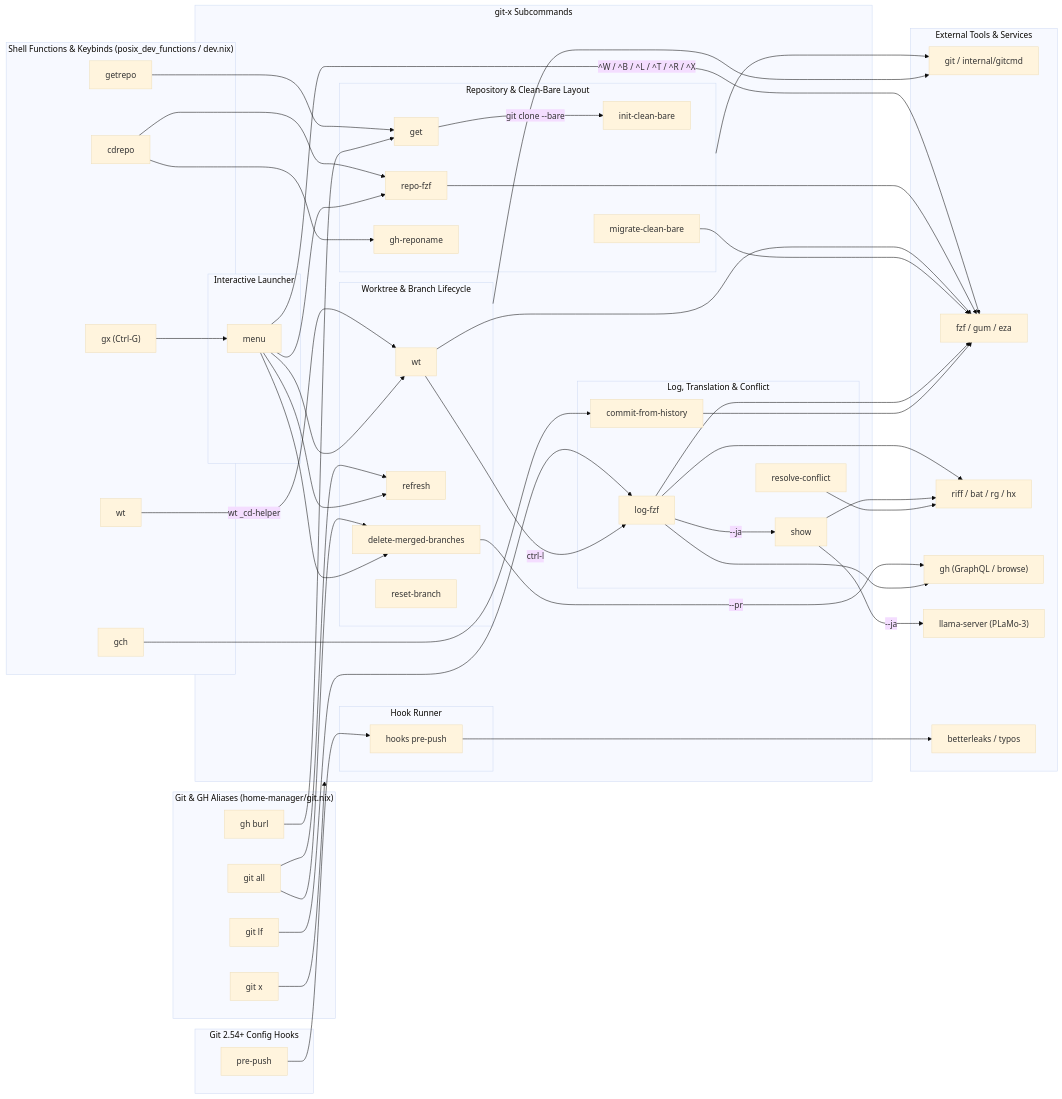
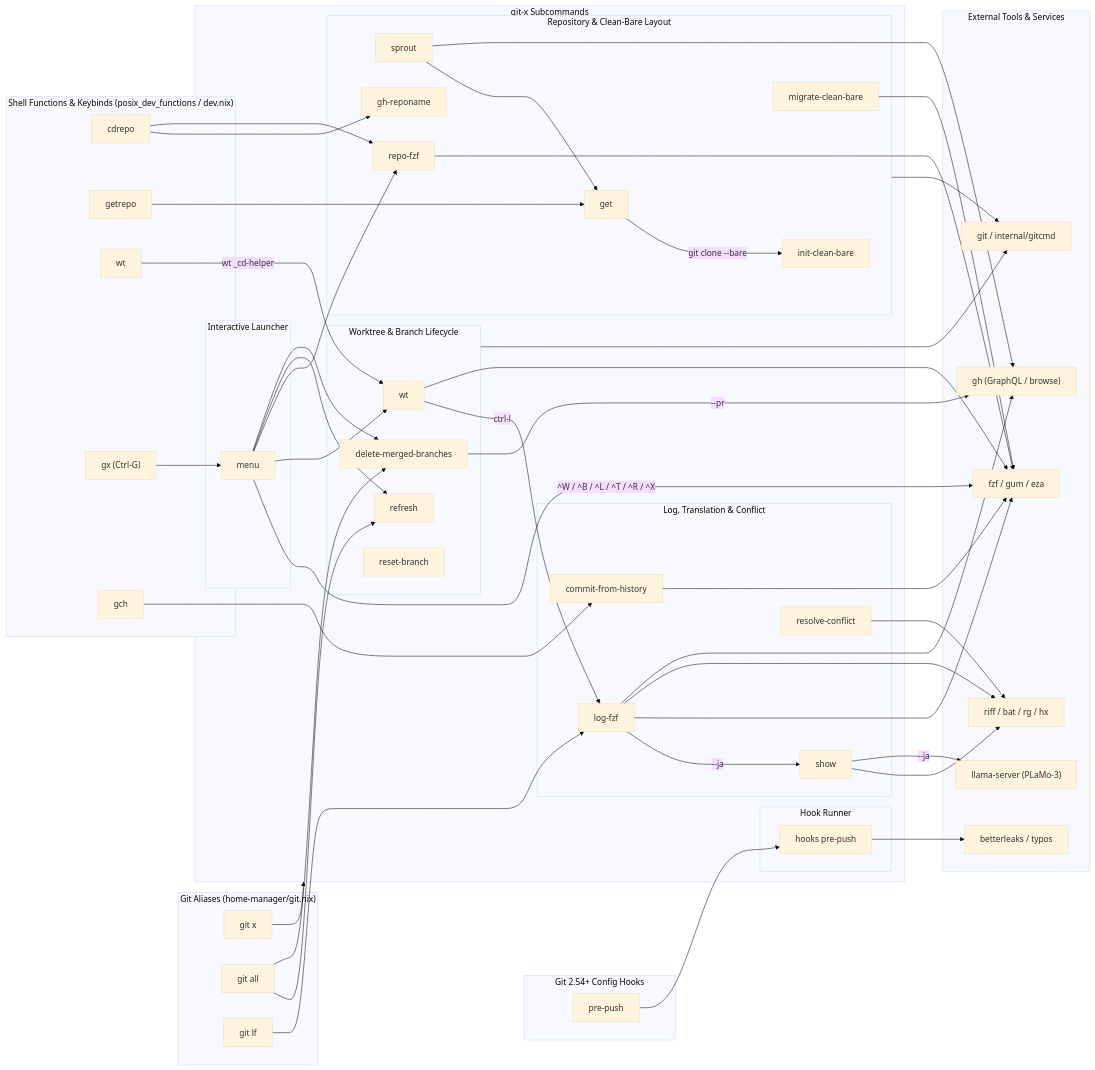
One commit to kachick/dotfiles changed the first of 3 diagrams in pkgs/by-name/gi/git-x/README.md. Above: the diagram before and after it, drawn with Mermaid (base theme). The commit also changed other lines of this file and 4 other files, not shown here.

First line of the commit message:
Move gh burl alias to git-x sprout

```diff
--- a/pkgs/by-name/gi/git-x/README.md
+++ b/pkgs/by-name/gi/git-x/README.md
@@ -14,11 +14,10 @@
         gch["gch"]
     end
 
-    subgraph Aliases ["Git & GH Aliases (home-manager/git.nix)"]
+    subgraph Aliases ["Git Aliases (home-manager/git.nix)"]
         git_x["git x <subcommand>"]
         git_all["git all"]
         git_lf["git lf"]
-        gh_burl["gh burl"]
     end
 
     subgraph Hooks ["Git 2.54+ Config Hooks"]
@@ -32,6 +31,7 @@
 
         subgraph Repo ["Repository & Clean-Bare Layout"]
             cmd_get["get"]
+            cmd_sprout["sprout"]
             cmd_init["init-clean-bare"]
             cmd_migrate["migrate-clean-bare"]
             cmd_repofzf["repo-fzf"]
@@ -69,7 +69,6 @@
     cdrepo --> cmd_reponame
     cdrepo --> cmd_repofzf
     getrepo --> cmd_get
-    gh_burl --> cmd_get
     wt_fn -->|"wt _cd-helper"| cmd_wt
     gx_fn --> cmd_menu
     gch --> cmd_hist
@@ -85,6 +84,8 @@
     cmd_menu --> cmd_repofzf
     cmd_menu --> cmd_refresh
     cmd_menu --> cmd_dmb
+    cmd_sprout --> cmd_get
+    cmd_sprout --> ext_gh
     cmd_get -->|"git clone --bare"| cmd_init
     cmd_wt -->|"ctrl-l"| cmd_logfzf
     cmd_logfzf -->|"--ja"| cmd_show
```
